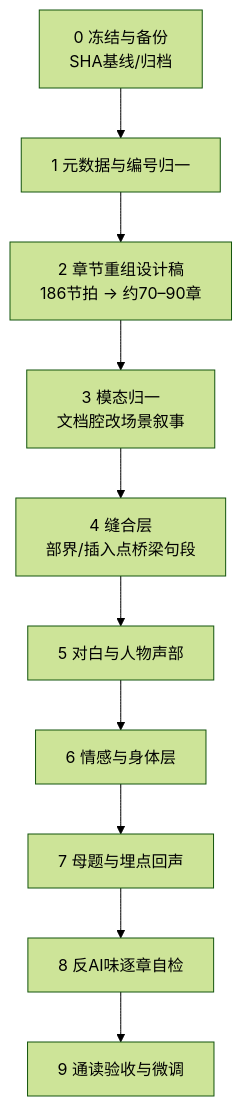
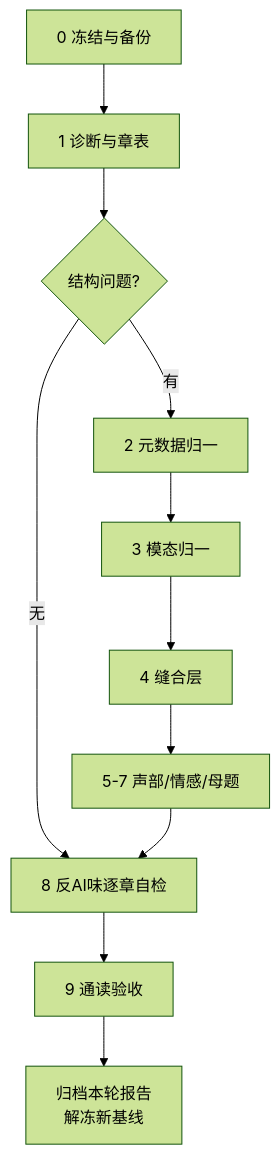
Before and after one commit to Eliang-xls/Movie-Emergence: the diagram in 06_小说/01_长篇正文润色与平滑完善方案.md, drawn with Mermaid (forest theme). The commit also changed other lines of this file and 462 other files, not shown here.

````diff
--- a/06_小说/01_长篇正文润色与平滑完善方案.md
+++ b/06_小说/01_长篇正文润色与平滑完善方案.md
@@ -149,12 +100,13 @@
 ```mermaid
 flowchart TD
-  A[0 冻结与备份<br/>SHA基线/归档] --> B[1 元数据与编号归一]
-  B --> C[2 章节重组设计稿<br/>186节拍 → 约70–90章]
-  C --> D[3 模态归一<br/>文档腔改场景叙事]
-  D --> E[4 缝合层<br/>部界/插入点桥梁句段]
-  E --> F[5 对白与人物声部]
-  F --> G[6 情感与身体层]
-  G --> H[7 母题与埋点回声]
-  H --> I[8 反AI味逐章自检]
-  I --> J[9 通读验收与微调]
+  A[0 冻结与备份] --> B[1 诊断与章表]
+  B --> C{结构问题?}
+  C -->|有| D[2 元数据归一]
+  C -->|无| H[8 逐章自检]
+  D --> E[3 模态归一]
+  E --> F[4 缝合层]
+  F --> G[5-7 声部/情感/母题]
+  G --> H[8 反AI味逐章自检]
+  H --> I[9 通读验收]
+  I --> J[归档本轮报告<br/>解冻新基线]
 ```
````
